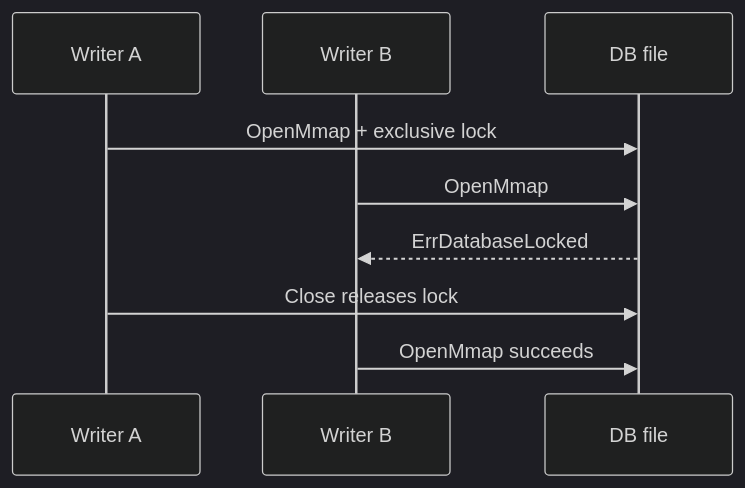
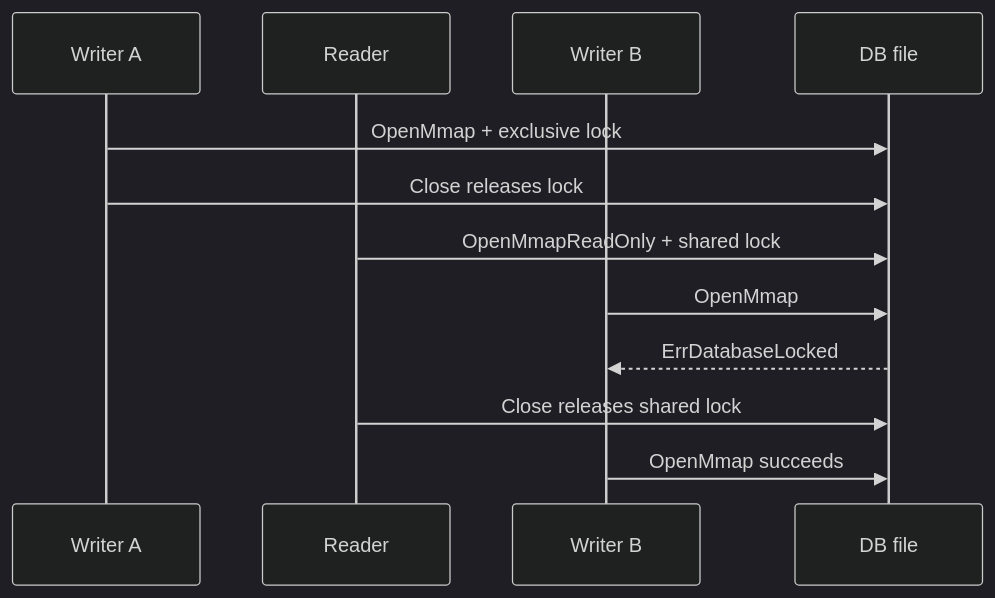
Before and after one commit to hadamrd/cow-btree-course: the second of 2 diagrams in docs/08-mmap-backed-pages.md, drawn with Mermaid (dark theme). The commit also changed other lines of this file and 8 other files, not shown here.

Commit message:
feat: add read-only mmap shared locks

````diff
--- a/docs/08-mmap-backed-pages.md
+++ b/docs/08-mmap-backed-pages.md
@@ -68,11 +70,14 @@
 ```mermaid
 sequenceDiagram
     participant A as Writer A
+    participant R as Reader
     participant B as Writer B
     participant F as DB file
     A->>F: OpenMmap + exclusive lock
+    A->>F: Close releases lock
+    R->>F: OpenMmapReadOnly + shared lock
     B->>F: OpenMmap
     F-->>B: ErrDatabaseLocked
-    A->>F: Close releases lock
+    R->>F: Close releases shared lock
     B->>F: OpenMmap succeeds
 ```
````
